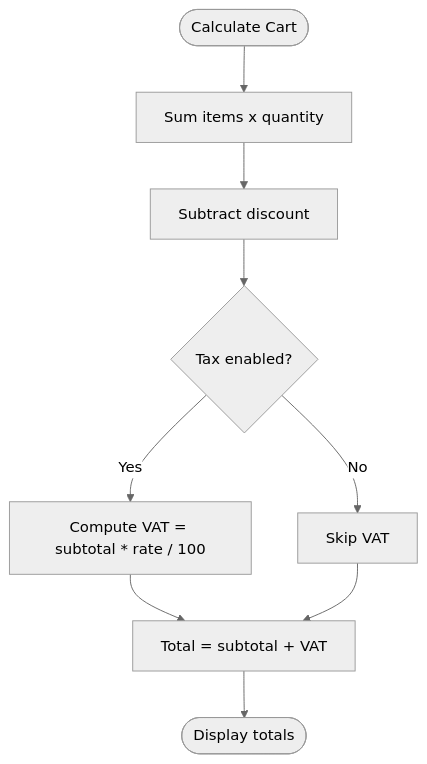
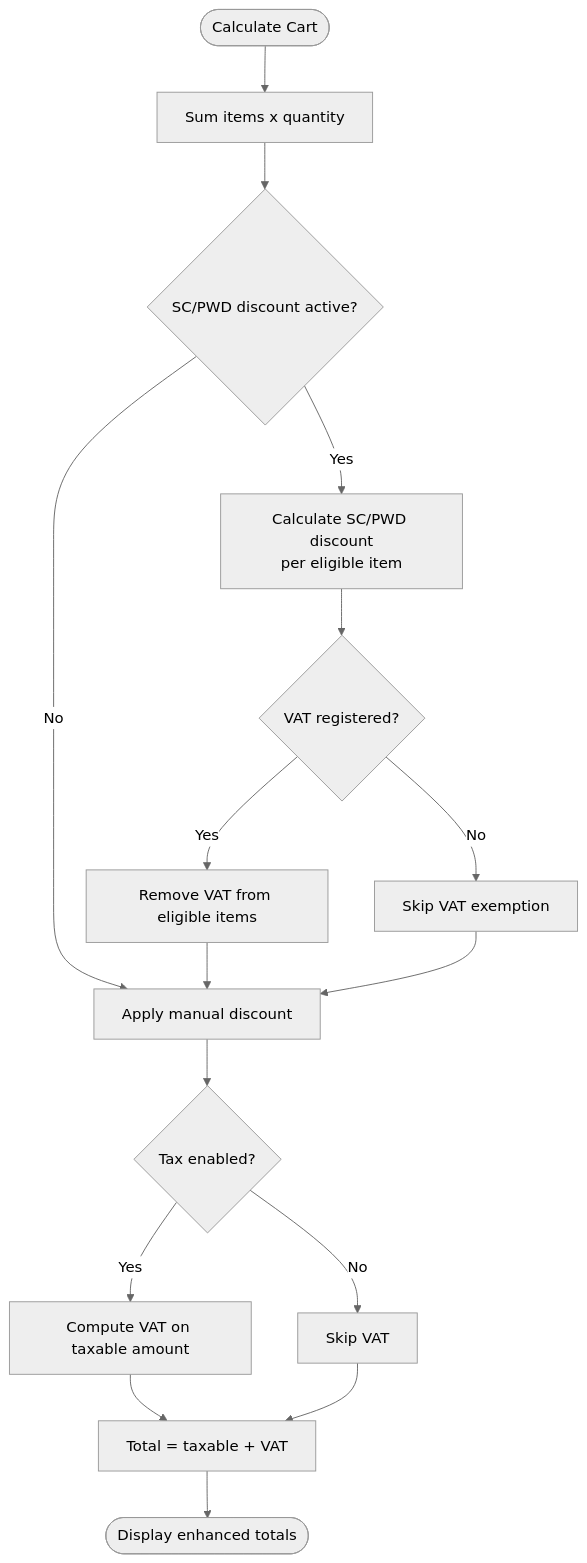
Before and after one commit to yosefdc7/PharmaPOS: the sixth of 14 diagrams in .qoder/repowiki/en/content/Frontend Interface/Point-of-Sale Interface.md, drawn with Mermaid (neutral theme). The commit also changed other lines of this file and 11 other files, not shown here.

````diff
--- a/.qoder/repowiki/en/content/Frontend Interface/Point-of-Sale Interface.md
+++ b/.qoder/repowiki/en/content/Frontend Interface/Point-of-Sale Interface.md
@@ -211,11 +275,18 @@
 ```mermaid
 flowchart TD
 Start(["Calculate Cart"]) --> Sum["Sum items x quantity"]
-Sum --> ApplyDisc["Subtract discount"]
+Sum --> ScPwdCheck{"SC/PWD discount active?"}
+ScPwdCheck --> |Yes| ScPwdCalc["Calculate SC/PWD discount<br/>per eligible item"]
+ScPwdCheck --> |No| ApplyDisc["Apply manual discount"]
+ScPwdCalc --> VatCheck{"VAT registered?"}
+VatCheck --> |Yes| VatExempt["Remove VAT from eligible items"]
+VatCheck --> |No| SkipVat["Skip VAT exemption"]
+VatExempt --> ApplyDisc
+SkipVat --> ApplyDisc
 ApplyDisc --> TaxCheck{"Tax enabled?"}
-TaxCheck --> |Yes| VAT["Compute VAT = subtotal * rate / 100"]
+TaxCheck --> |Yes| VAT["Compute VAT on taxable amount"]
 TaxCheck --> |No| SkipVAT["Skip VAT"]
-VAT --> Total["Total = subtotal + VAT"]
+VAT --> Total["Total = taxable + VAT"]
 SkipVAT --> Total
-Total --> End(["Display totals"])
+Total --> End(["Display enhanced totals"])
 ```
````
